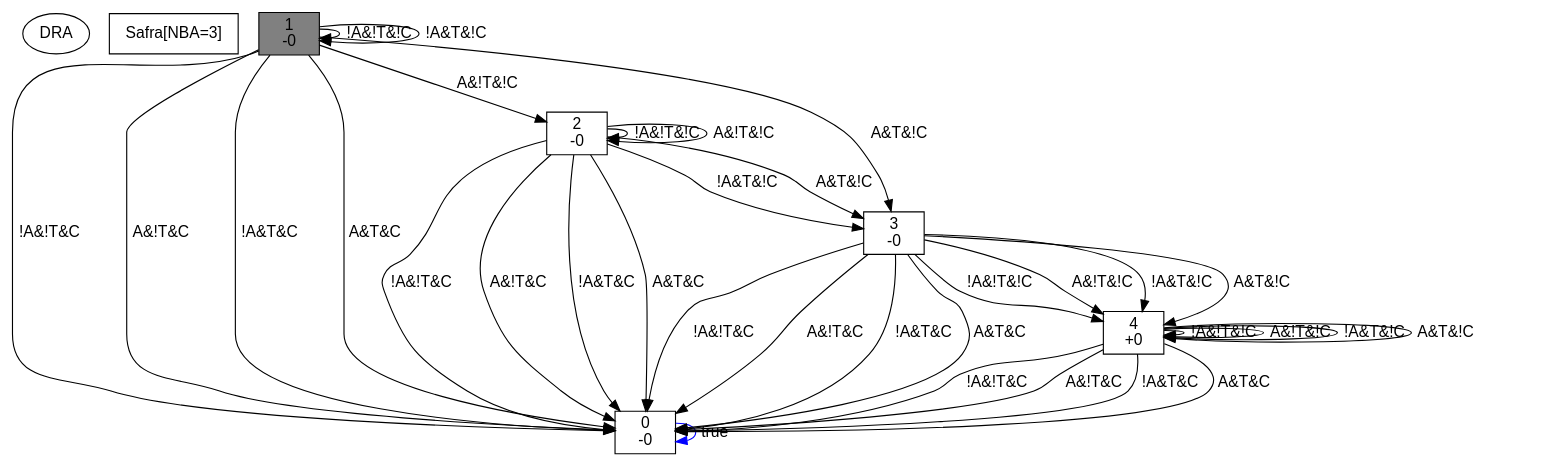
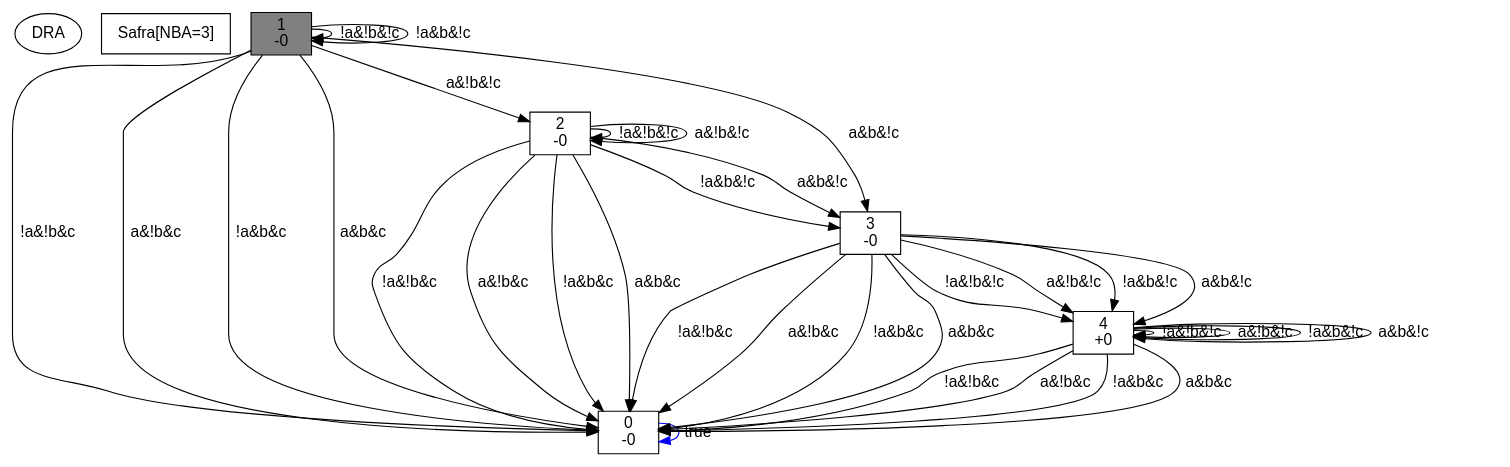
One commit to gaoqitong/DRA_Guide_Planning changed the diagram in my.dot. Above: the diagram before and after it, drawn with Graphviz. The commit also changed 17 other files, not shown here.

```diff
--- a/my.dot
+++ b/my.dot
@@ -1,44 +1,44 @@
 digraph DRA {
  node [fontname=Helvetica]
  edge [constraints=false, fontname=Helvetica]
 "type" [shape=ellipse, label="DRA"]
 "comment" [shape=box, label="Safra[NBA=3]"]
 "0" [label= "0\n -0", shape=box]
 "0" -> "0" [label=" true", color=blue]
 "1" [label= "1\n -0", shape=box, style=filled, color=black, fillcolor=grey]
-"1" -> "1" [label=" !A&!T&!C"]
-"1" -> "2" [label=" A&!T&!C"]
-"1" -> "1" [label=" !A&T&!C"]
-"1" -> "3" [label=" A&T&!C"]
-"1" -> "0" [label=" !A&!T&C"]
-"1" -> "0" [label=" A&!T&C"]
-"1" -> "0" [label=" !A&T&C"]
-"1" -> "0" [label=" A&T&C"]
+"1" -> "1" [label=" !a&!b&!c"]
+"1" -> "2" [label=" a&!b&!c"]
+"1" -> "1" [label=" !a&b&!c"]
+"1" -> "3" [label=" a&b&!c"]
+"1" -> "0" [label=" !a&!b&c"]
+"1" -> "0" [label=" a&!b&c"]
+"1" -> "0" [label=" !a&b&c"]
+"1" -> "0" [label=" a&b&c"]
 "2" [label= "2\n -0", shape=box]
-"2" -> "2" [label=" !A&!T&!C"]
-"2" -> "2" [label=" A&!T&!C"]
-"2" -> "3" [label=" !A&T&!C"]
-"2" -> "3" [label=" A&T&!C"]
-"2" -> "0" [label=" !A&!T&C"]
-"2" -> "0" [label=" A&!T&C"]
-"2" -> "0" [label=" !A&T&C"]
-"2" -> "0" [label=" A&T&C"]
+"2" -> "2" [label=" !a&!b&!c"]
+"2" -> "2" [label=" a&!b&!c"]
+"2" -> "3" [label=" !a&b&!c"]
+"2" -> "3" [label=" a&b&!c"]
+"2" -> "0" [label=" !a&!b&c"]
+"2" -> "0" [label=" a&!b&c"]
+"2" -> "0" [label=" !a&b&c"]
+"2" -> "0" [label=" a&b&c"]
 "3" [label= "3\n -0", shape=box]
-"3" -> "4" [label=" !A&!T&!C"]
-"3" -> "4" [label=" A&!T&!C"]
-"3" -> "4" [label=" !A&T&!C"]
-"3" -> "4" [label=" A&T&!C"]
-"3" -> "0" [label=" !A&!T&C"]
-"3" -> "0" [label=" A&!T&C"]
-"3" -> "0" [label=" !A&T&C"]
-"3" -> "0" [label=" A&T&C"]
+"3" -> "4" [label=" !a&!b&!c"]
+"3" -> "4" [label=" a&!b&!c"]
+"3" -> "4" [label=" !a&b&!c"]
+"3" -> "4" [label=" a&b&!c"]
+"3" -> "0" [label=" !a&!b&c"]
+"3" -> "0" [label=" a&!b&c"]
+"3" -> "0" [label=" !a&b&c"]
+"3" -> "0" [label=" a&b&c"]
 "4" [label= "4\n +0", shape=box]
-"4" -> "4" [label=" !A&!T&!C"]
-"4" -> "4" [label=" A&!T&!C"]
-"4" -> "4" [label=" !A&T&!C"]
-"4" -> "4" [label=" A&T&!C"]
-"4" -> "0" [label=" !A&!T&C"]
-"4" -> "0" [label=" A&!T&C"]
-"4" -> "0" [label=" !A&T&C"]
-"4" -> "0" [label=" A&T&C"]
+"4" -> "4" [label=" !a&!b&!c"]
+"4" -> "4" [label=" a&!b&!c"]
+"4" -> "4" [label=" !a&b&!c"]
+"4" -> "4" [label=" a&b&!c"]
+"4" -> "0" [label=" !a&!b&c"]
+"4" -> "0" [label=" a&!b&c"]
+"4" -> "0" [label=" !a&b&c"]
+"4" -> "0" [label=" a&b&c"]
 }
```
